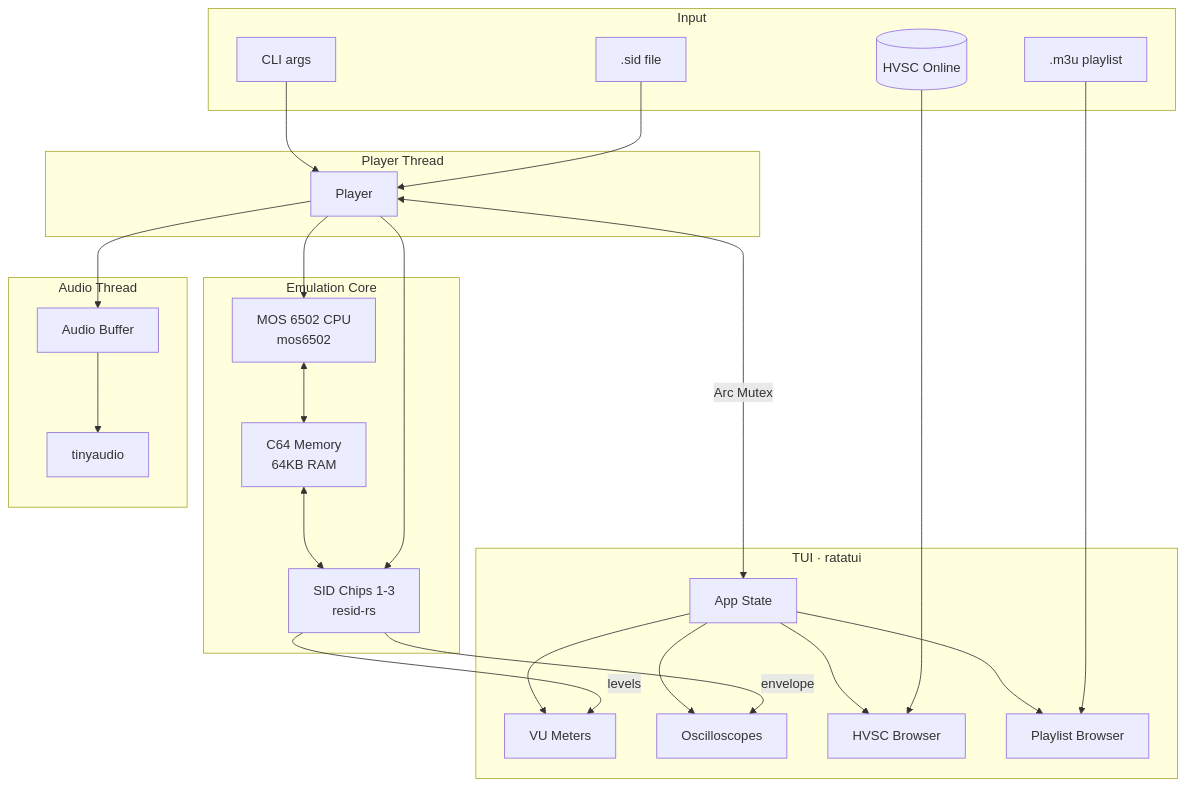
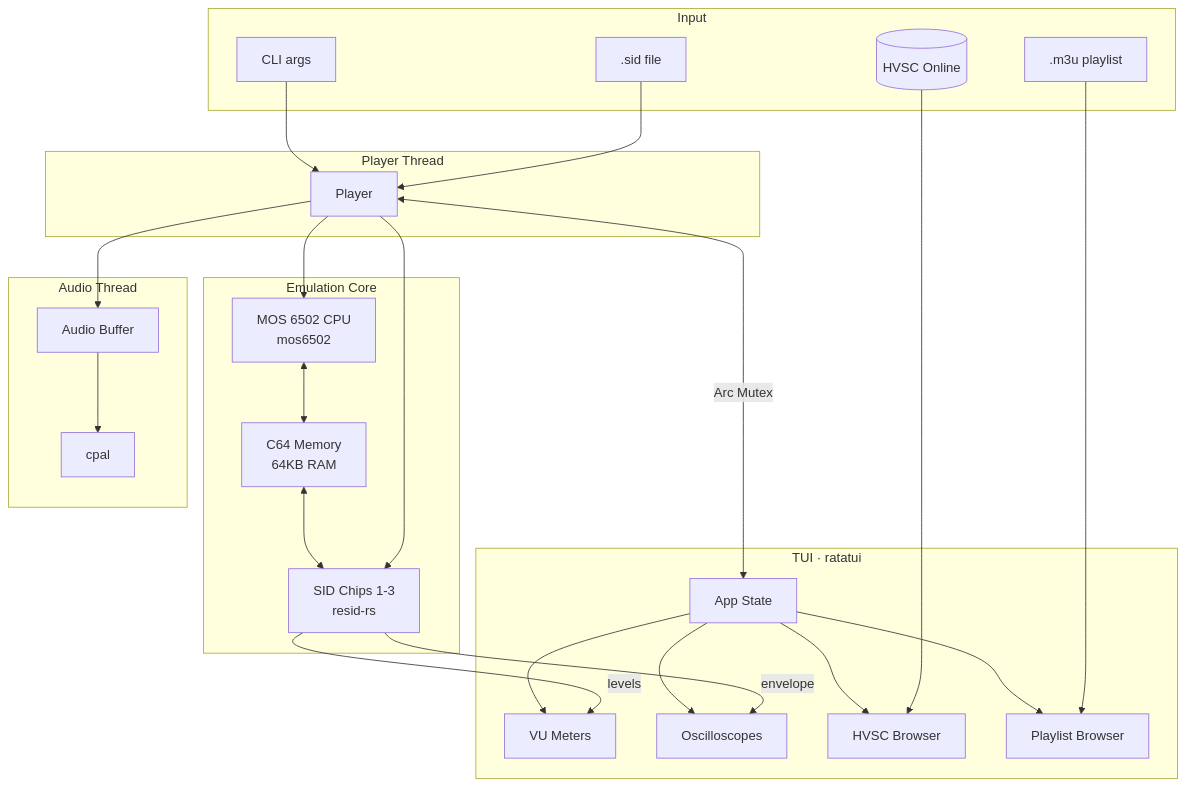
The diagram in README.md (mlund/crabsid), drawn with Mermaid before and after one commit. The commit also changed 5 other files, not shown here.

First line of the commit message:
Replace tinyaudio with cpal

````diff
--- a/README.md
+++ b/README.md
@@ -109,51 +109,51 @@
 ```mermaid
 flowchart TB
     subgraph Input
         CLI[CLI args]
         SID[.sid file]
         M3U[.m3u playlist]
         HVSC[(HVSC Online)]
     end
 
     subgraph Core["Emulation Core"]
         CPU[MOS 6502 CPU<br/>mos6502]
         MEM[C64 Memory<br/>64KB RAM]
         SIDCHIP[SID Chips 1-3<br/>resid-rs]
         CPU <--> MEM
         MEM <--> SIDCHIP
     end
 
     subgraph Player["Player Thread"]
         PLAYER[Player]
         PLAYER --> CPU
         PLAYER --> SIDCHIP
     end
 
     subgraph Audio["Audio Thread"]
-        AUDIO[tinyaudio]
+        AUDIO[cpal]
         BUFFER[Audio Buffer]
     end
 
     subgraph UI["TUI · ratatui"]
         APP[App State]
         VU[VU Meters]
         SCOPE[Oscilloscopes]
         BROWSER[HVSC Browser]
         PLAYLIST[Playlist Browser]
         APP --> VU
         APP --> SCOPE
         APP --> BROWSER
         APP --> PLAYLIST
     end
 
     CLI --> PLAYER
     SID --> PLAYER
     M3U --> PLAYLIST
     HVSC --> BROWSER
 
     PLAYER <-->|Arc Mutex| APP
     PLAYER --> BUFFER
     BUFFER --> AUDIO
     SIDCHIP -->|envelope| SCOPE
     SIDCHIP -->|levels| VU
 ```
````
